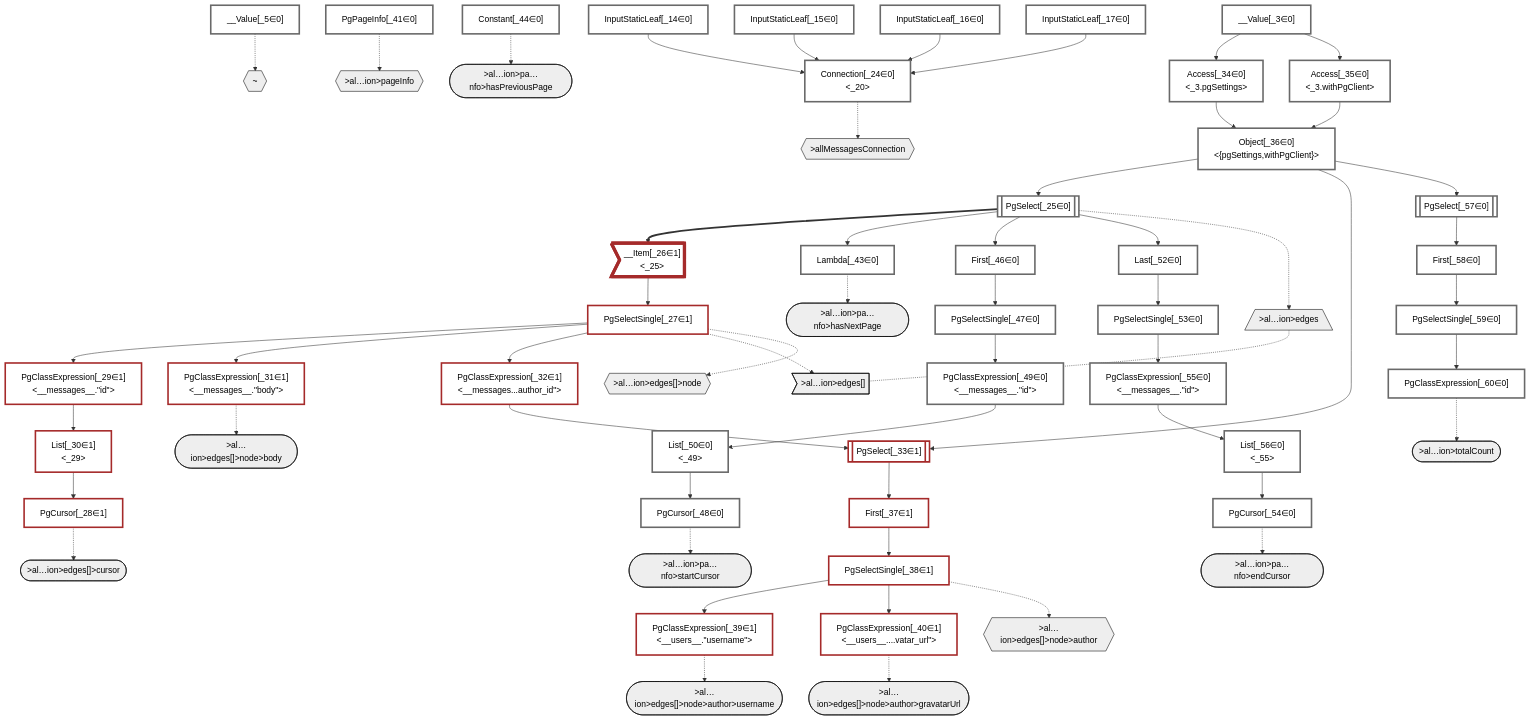
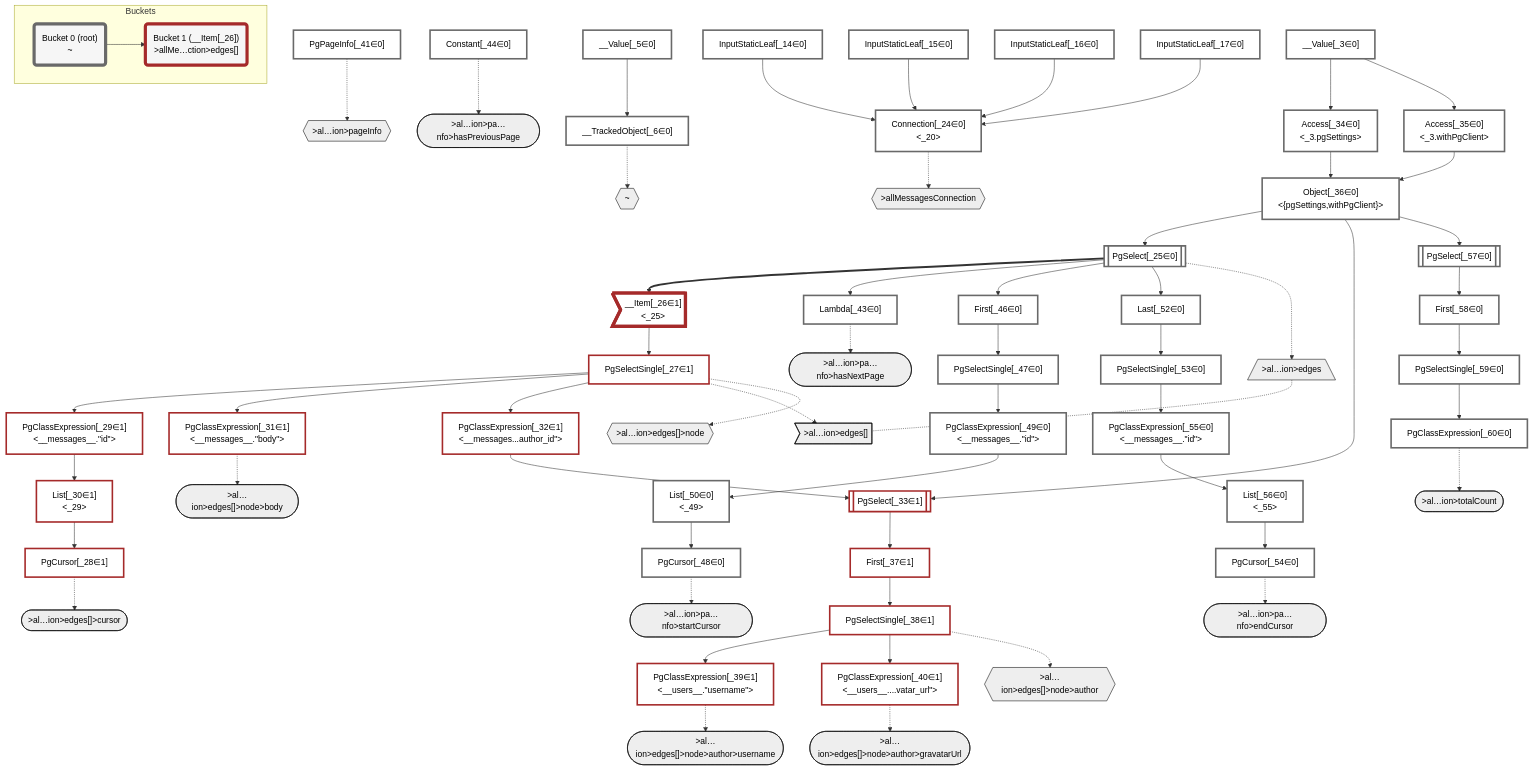
One commit to graphile/crystal changed the diagram in packages/dataplan-pg/__tests__/queries/connections/basics-limit3.deopt.mermaid.md. Above: the diagram before and after it, drawn with Mermaid. The commit also changed 195 other files, not shown here.

````diff
--- a/packages/dataplan-pg/__tests__/queries/connections/basics-limit3.deopt.mermaid.md
+++ b/packages/dataplan-pg/__tests__/queries/connections/basics-limit3.deopt.mermaid.md
@@ -4,6 +4,7 @@
     classDef plan fill:#fff,stroke-width:3px,color:#000
     classDef itemplan fill:#fff,stroke-width:6px,color:#000
     classDef sideeffectplan fill:#f00,stroke-width:6px,color:#000
+    classDef bucket fill:#f6f6f6,color:#000,stroke-width:6px
 
     %% subgraph fields
     P1{{"~"}}:::path
@@ -42,6 +43,7 @@
     %% define plans
     __Value_3["__Value[_3∈0]<br /><context>"]:::plan
     __Value_5["__Value[_5∈0]<br /><rootValue>"]:::plan
+    __TrackedObject_6["__TrackedObject[_6∈0]"]:::plan
     InputStaticLeaf_14["InputStaticLeaf[_14∈0]"]:::plan
     InputStaticLeaf_15["InputStaticLeaf[_15∈0]"]:::plan
     InputStaticLeaf_16["InputStaticLeaf[_16∈0]"]:::plan
@@ -82,6 +84,7 @@
     PgClassExpression_60["PgClassExpression[_60∈0]<br /><count(*)>"]:::plan
 
     %% plan dependencies
+    __Value_5 --> __TrackedObject_6
     InputStaticLeaf_14 --> Connection_24
     InputStaticLeaf_15 --> Connection_24
     InputStaticLeaf_16 --> Connection_24
@@ -121,7 +124,7 @@
     PgSelectSingle_59 --> PgClassExpression_60
 
     %% plan-to-path relationships
-    __Value_5 -.-> P1
+    __TrackedObject_6 -.-> P1
     Connection_24 -.-> P2
     PgSelect_25 -.-> P3
     PgSelectSingle_27 -.-> P4
@@ -140,7 +143,15 @@
 
     %% allocate buckets
     classDef bucket0 stroke:#696969
-    class __Value_3,__Value_5,InputStaticLeaf_14,InputStaticLeaf_15,InputStaticLeaf_16,InputStaticLeaf_17,Connection_24,PgSelect_25,Access_34,Access_35,Object_36,PgPageInfo_41,Lambda_43,Constant_44,First_46,PgSelectSingle_47,PgCursor_48,PgClassExpression_49,List_50,Last_52,PgSelectSingle_53,PgCursor_54,PgClassExpression_55,List_56,PgSelect_57,First_58,PgSelectSingle_59,PgClassExpression_60 bucket0
+    class __Value_3,__Value_5,__TrackedObject_6,InputStaticLeaf_14,InputStaticLeaf_15,InputStaticLeaf_16,InputStaticLeaf_17,Connection_24,PgSelect_25,Access_34,Access_35,Object_36,PgPageInfo_41,Lambda_43,Constant_44,First_46,PgSelectSingle_47,PgCursor_48,PgClassExpression_49,List_50,Last_52,PgSelectSingle_53,PgCursor_54,PgClassExpression_55,List_56,PgSelect_57,First_58,PgSelectSingle_59,PgClassExpression_60 bucket0
     classDef bucket1 stroke:#a52a2a
     class __Item_26,PgSelectSingle_27,PgCursor_28,PgClassExpression_29,List_30,PgClassExpression_31,PgClassExpression_32,PgSelect_33,First_37,PgSelectSingle_38,PgClassExpression_39,PgClassExpression_40 bucket1
+
+    subgraph Buckets
+    Bucket0("Bucket 0 (root)<br />~"):::bucket
+    style Bucket0 stroke:#696969
+    Bucket1("Bucket 1 (__Item[_26])<br />>allMe…ction>edges[]"):::bucket
+    style Bucket1 stroke:#a52a2a
+    Bucket0 --> Bucket1
+    end
 ```
````
